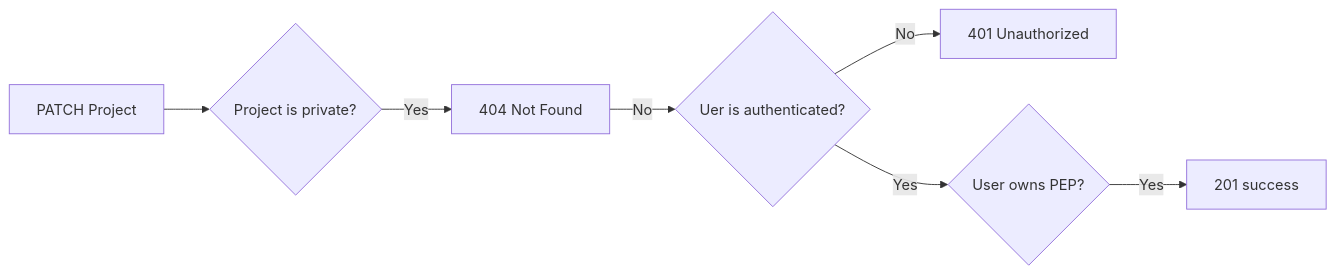
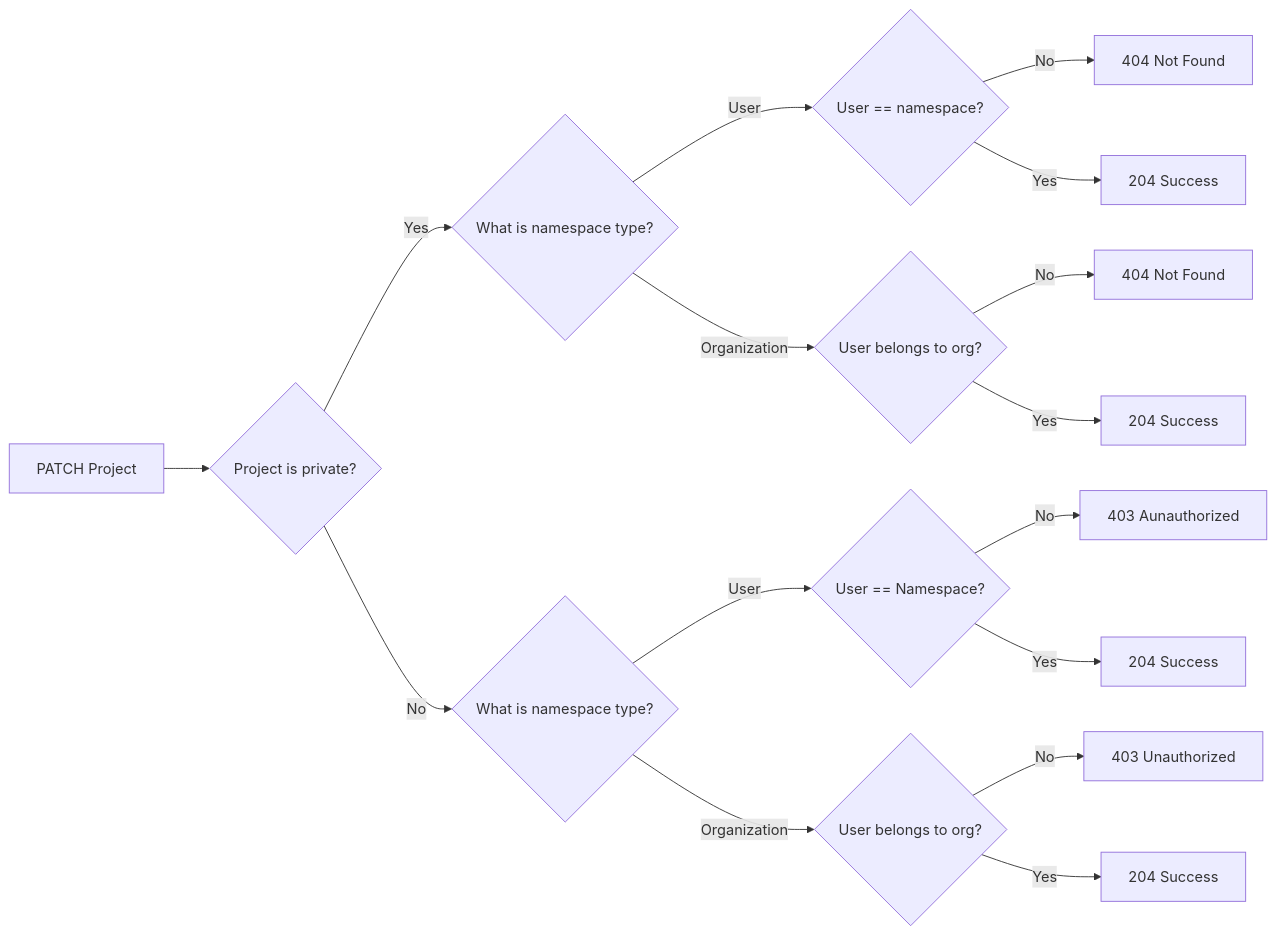
One commit to pepkit/pephub changed the third of 3 diagrams in docs/authentication.md. Above: the diagram before and after it, drawn with Mermaid. The commit also changed other lines of this file, not shown here.

Commit message:
update auth flows

````diff
--- a/docs/authentication.md
+++ b/docs/authentication.md
@@ -45,9 +45,18 @@
 ```mermaid
 flowchart LR
     A[PATCH Project] --> B{Project is private?}
-    B -- Yes --> C[404 Not Found]
-    C -- No --> D{Uer is authenticated?}
-    D -- No --> E[401 Unauthorized]
-    D -- Yes --> F{User owns PEP?}
-    F -- Yes --> G[201 success]
+    B -- Yes --> C{What is namespace type?}
+    C -- User --> D{User == namespace?}
+    D -- No --> E[404 Not Found]
+    D -- Yes --> F[204 Success]
+    C -- Organization --> G{User belongs to org?}
+    G -- No --> H[404 Not Found]
+    G -- Yes --> I[204 Success]
+    B -- No --> J{What is namespace type?}
+    J -- User --> K{User == Namespace?}
+    K -- No --> L[403 Aunauthorized]
+    K -- Yes --> M[204 Success]
+    J -- Organization --> N{User belongs to org?}
+    N -- No --> O[403 Unauthorized]
+    N -- Yes --> P[204 Success]
 ```
````
